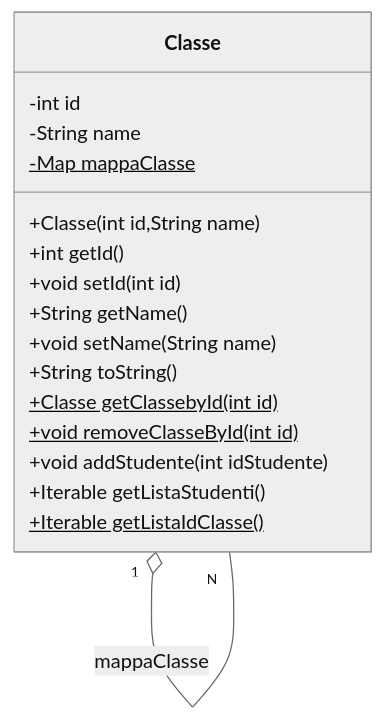
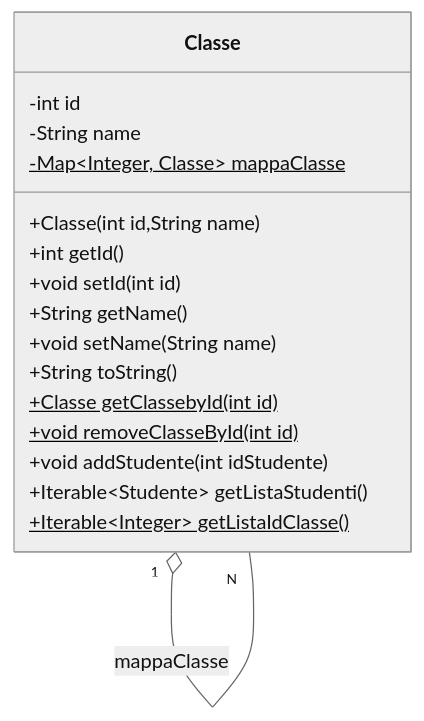
Before and after one commit to ApreaMarco/NoLista: the third of 4 diagrams in README.MD, drawn with Mermaid (neutral theme). The commit also changed other lines of this file, not shown here.

````diff
--- a/README.MD
+++ b/README.MD
@@ -34,20 +34,20 @@
 ```mermaid
 classDiagram
 class Classe {
     -int id
     -String name
-    -Map<Integer, Classe> mappaClasse$
+    -Map~Integer, Classe~ mappaClasse$
     +Classe(int id,String name)
     +int getId()
     +void setId(int id)
     +String getName()
     +void setName(String name)
     +String toString()
     +Classe getClassebyId(int id)$
     +void removeClasseById(int id)$
     +void addStudente(int idStudente)
-    +Iterable<Studente> getListaStudenti()
-    +Iterable<Integer> getListaIdClasse()$
+    +Iterable~Studente~ getListaStudenti()
+    +Iterable~Integer~ getListaIdClasse()$
 }
 Classe "1" o-- "N" Classe : mappaClasse
 ```
````
